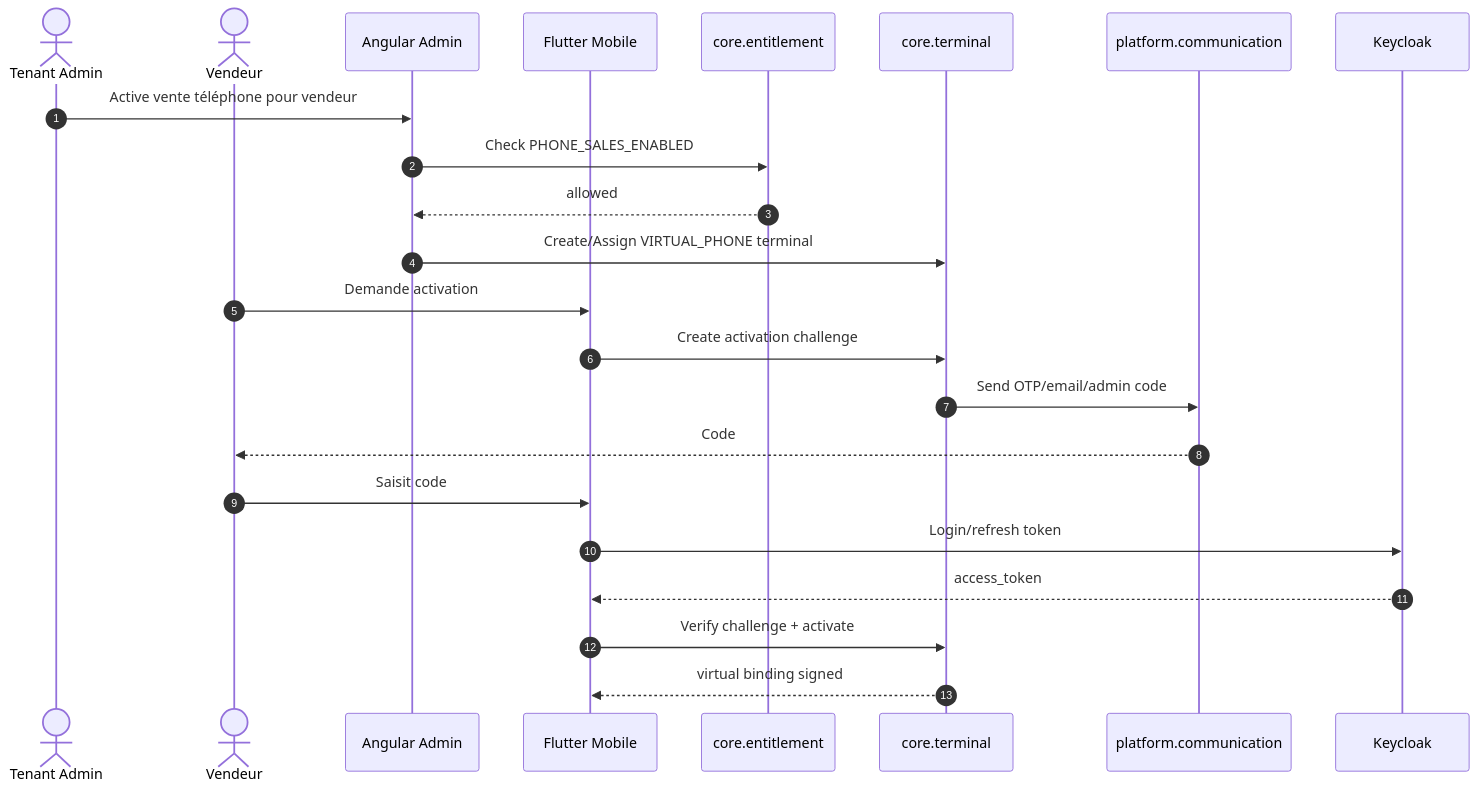
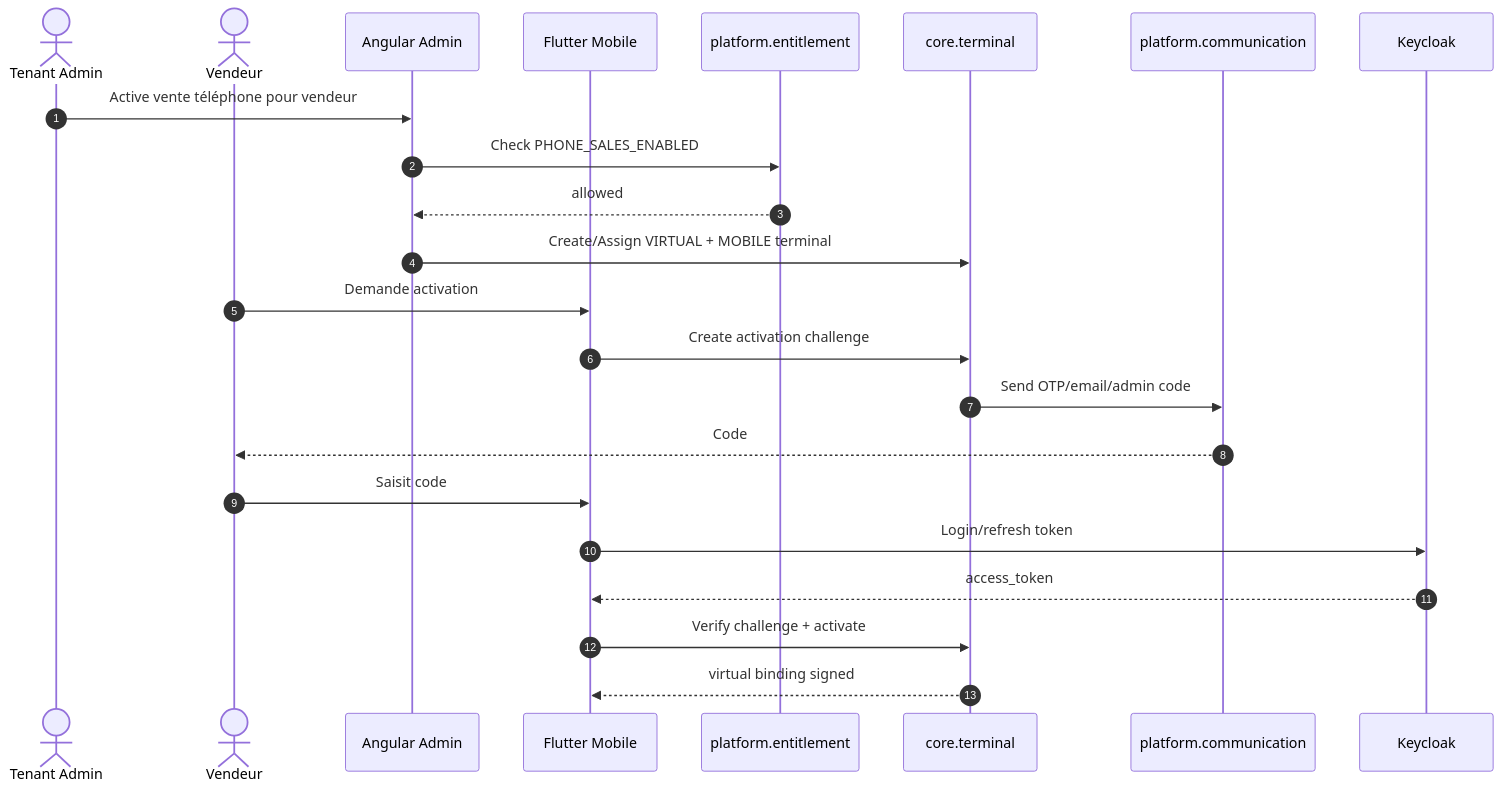
Before and after one commit to bhebb/tchalanet: the fourth of 7 diagrams in tchalanet-server/openspec/changes/tchalanet-security-login-terminal/diagrams/DIAGRAMMES_MERMAID.md, drawn with Mermaid. The commit also changed other lines of this file and 268 other files, not shown here.

````diff
--- a/tchalanet-server/openspec/changes/tchalanet-security-login-terminal/diagrams/DIAGRAMMES_MERMAID.md
+++ b/tchalanet-server/openspec/changes/tchalanet-security-login-terminal/diagrams/DIAGRAMMES_MERMAID.md
@@ -87,26 +87,26 @@
 ```mermaid
 sequenceDiagram
   autonumber
   actor Admin as Tenant Admin
   actor V as Vendeur
   participant W as Angular Admin
   participant M as Flutter Mobile
-  participant E as core.entitlement
+  participant E as platform.entitlement
   participant T as core.terminal
   participant C as platform.communication
   participant K as Keycloak
 
   Admin->>W: Active vente téléphone pour vendeur
   W->>E: Check PHONE_SALES_ENABLED
   E-->>W: allowed
-  W->>T: Create/Assign VIRTUAL_PHONE terminal
+  W->>T: Create/Assign VIRTUAL + MOBILE terminal
   V->>M: Demande activation
   M->>T: Create activation challenge
   T->>C: Send OTP/email/admin code
   C-->>V: Code
   V->>M: Saisit code
   M->>K: Login/refresh token
   K-->>M: access_token
   M->>T: Verify challenge + activate
   T-->>M: virtual binding signed
 ```
````
